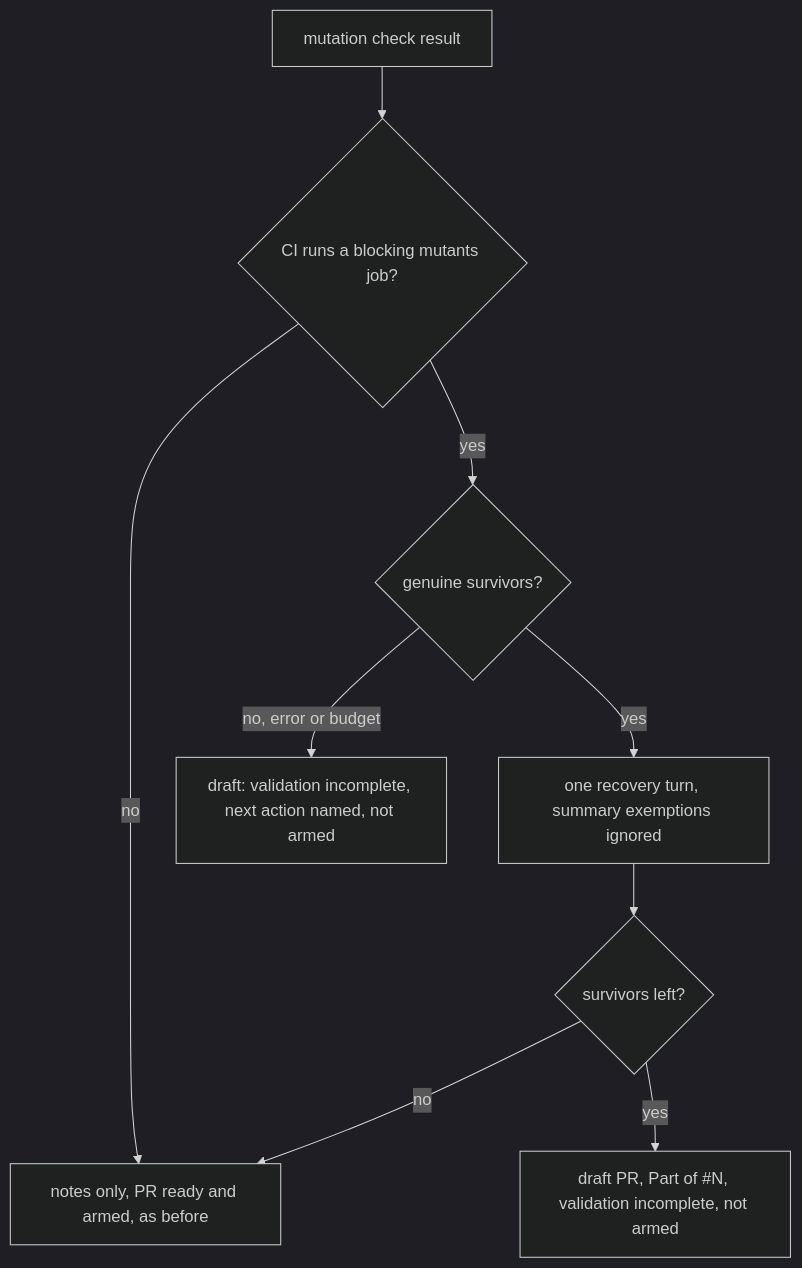
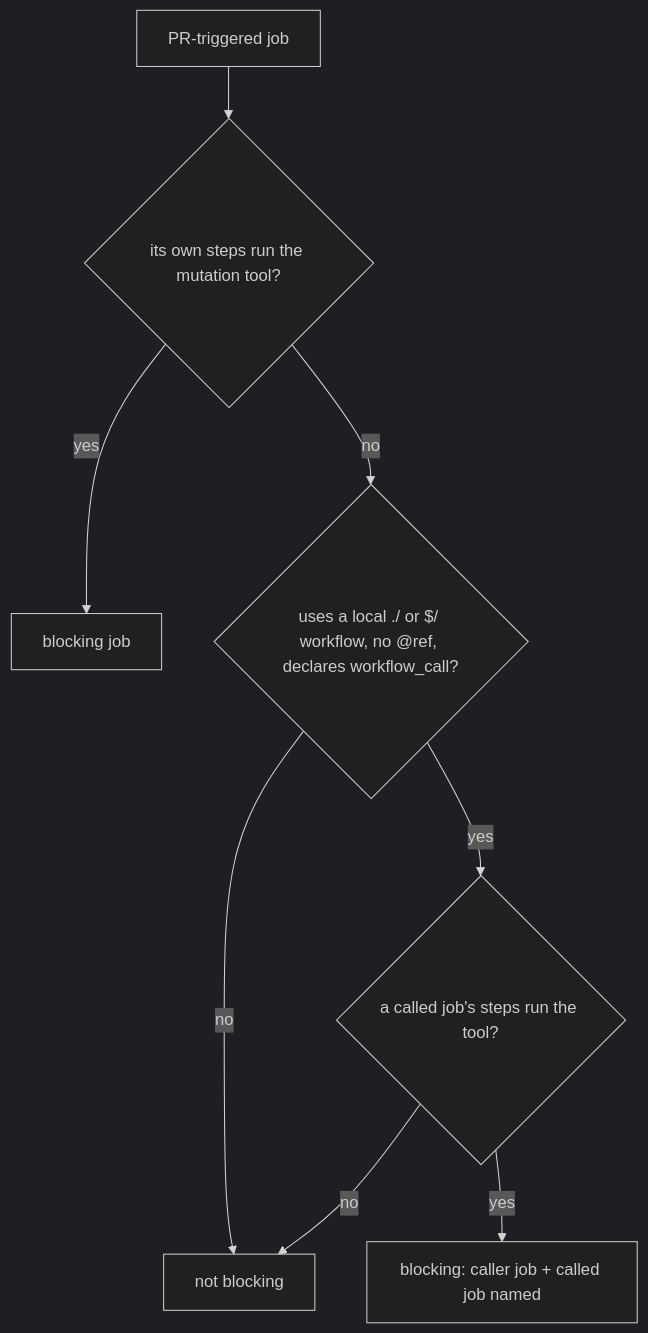
Before and after one commit to stSoftwareAU/VibeCoder: the diagram in docs/archive/pr-summaries/pr-summary-4617.md, drawn with Mermaid (dark theme). The commit also changed other lines of this file, not shown here.

First line of the commit message:
PR summary for the reusable-workflow continuation (Issue #4617)

````diff
--- a/docs/archive/pr-summaries/pr-summary-4617.md
+++ b/docs/archive/pr-summaries/pr-summary-4617.md
@@ -23,11 +18,10 @@
 ```mermaid
 flowchart TD
-    R[mutation check result] --> C{CI runs a blocking mutants job?}
-    C -- no --> N[notes only, PR ready and armed, as before]
-    C -- yes --> S{genuine survivors?}
-    S -- no, error or budget --> W[draft: validation incomplete, next action named, not armed]
-    S -- yes --> T[one recovery turn, summary exemptions ignored]
-    T --> K{survivors left?}
-    K -- no --> N
-    K -- yes --> D[draft PR, Part of #N, validation incomplete, not armed]
+    J[PR-triggered job] --> S{its own steps run the mutation tool?}
+    S -- yes --> B[blocking job]
+    S -- no --> U{uses a local ./ or $/ workflow, no @ref, declares workflow_call?}
+    U -- no --> N[not blocking]
+    U -- yes --> C{a called job's steps run the tool?}
+    C -- yes --> B2[blocking: caller job + called job named]
+    C -- no --> N
 ```
````
